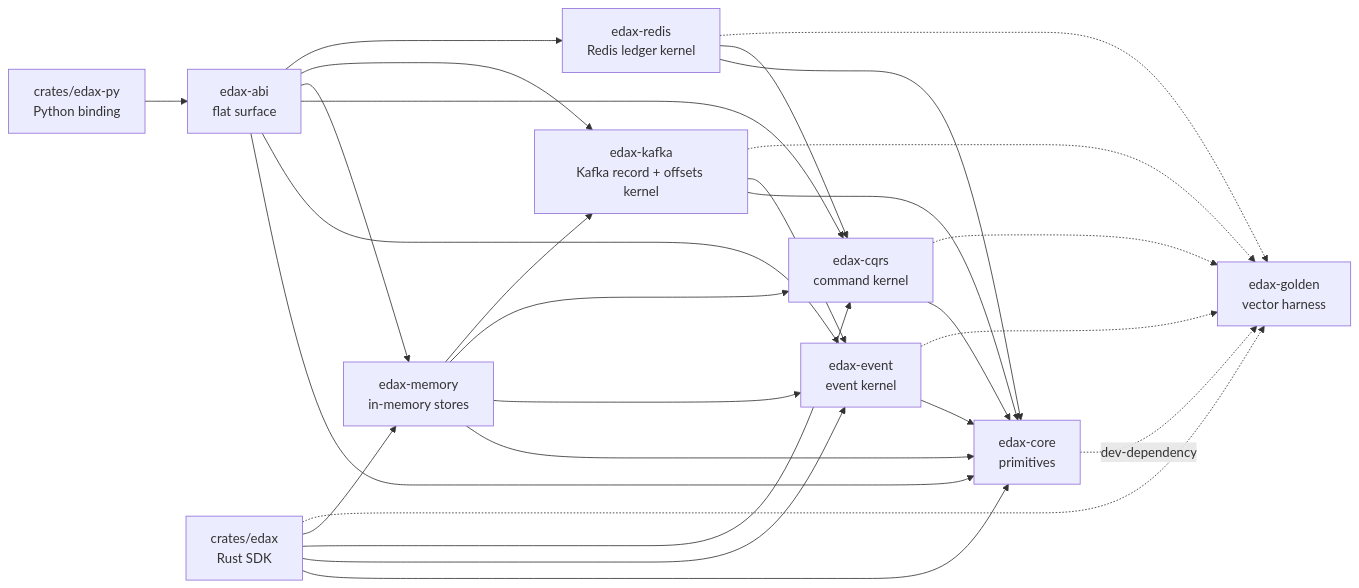
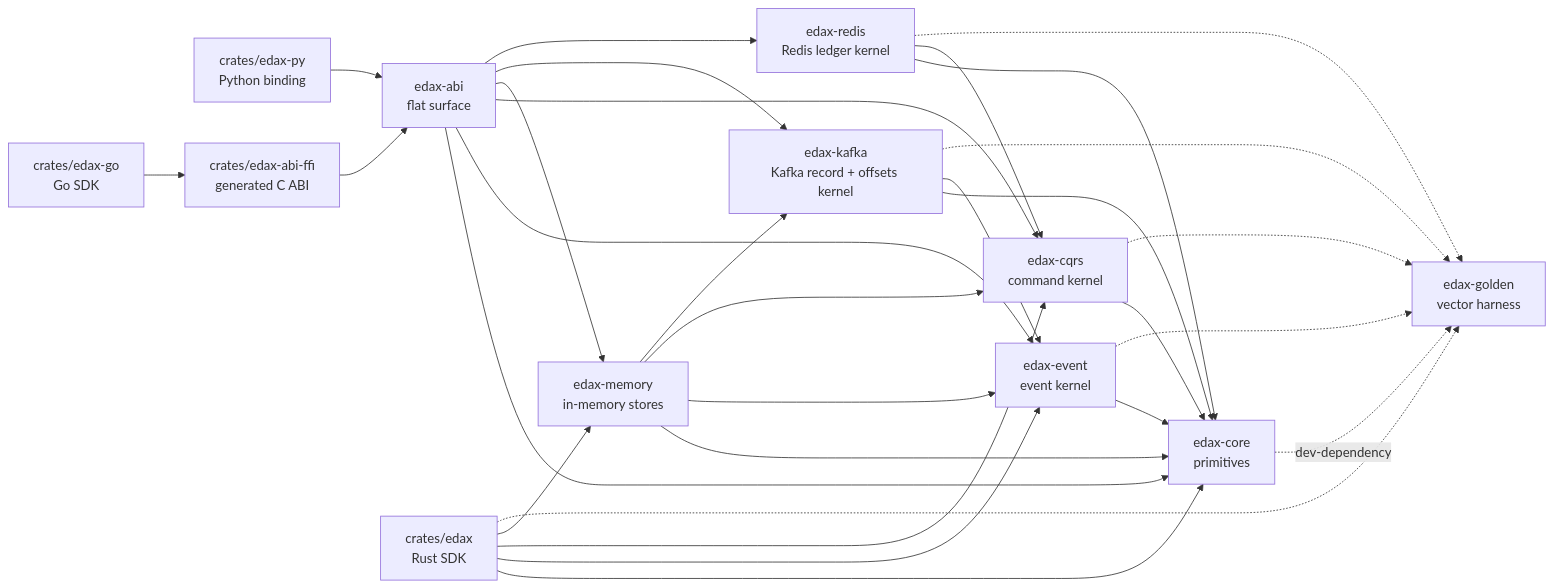
The second of 4 diagrams in docs/architecture.md (haskian/edax), drawn with Mermaid before and after one commit. The commit also changed other lines of this file and 154 other files, not shown here.

````diff
--- a/docs/architecture.md
+++ b/docs/architecture.md
@@ -62,41 +57,45 @@
 ```mermaid
 flowchart LR
     core["edax-core<br/>primitives"]
     event["edax-event<br/>event kernel"]
     cqrs["edax-cqrs<br/>command kernel"]
     memory["edax-memory<br/>in-memory stores"]
     kafka["edax-kafka<br/>Kafka record + offsets kernel"]
     redis["edax-redis<br/>Redis ledger kernel"]
     abi["edax-abi<br/>flat surface"]
     rust["crates/edax<br/>Rust SDK"]
     py["crates/edax-py<br/>Python binding"]
+    ffi["crates/edax-abi-ffi<br/>generated C ABI"]
+    go["crates/edax-go<br/>Go SDK"]
     golden["edax-golden<br/>vector harness"]
 
     event --> core
     cqrs --> core
     memory --> core
     memory --> event
     memory --> cqrs
     memory --> kafka
     kafka --> core
     kafka --> event
     redis --> core
     redis --> cqrs
     rust --> core
     rust --> event
     rust --> cqrs
     rust --> memory
     abi --> core
     abi --> event
     abi --> cqrs
     abi --> memory
     abi --> kafka
     abi --> redis
     py --> abi
+    ffi --> abi
+    go --> ffi
     core -.->|"dev-dependency"| golden
     event -.-> golden
     cqrs -.-> golden
     kafka -.-> golden
     redis -.-> golden
     rust -.-> golden
 ```
````
